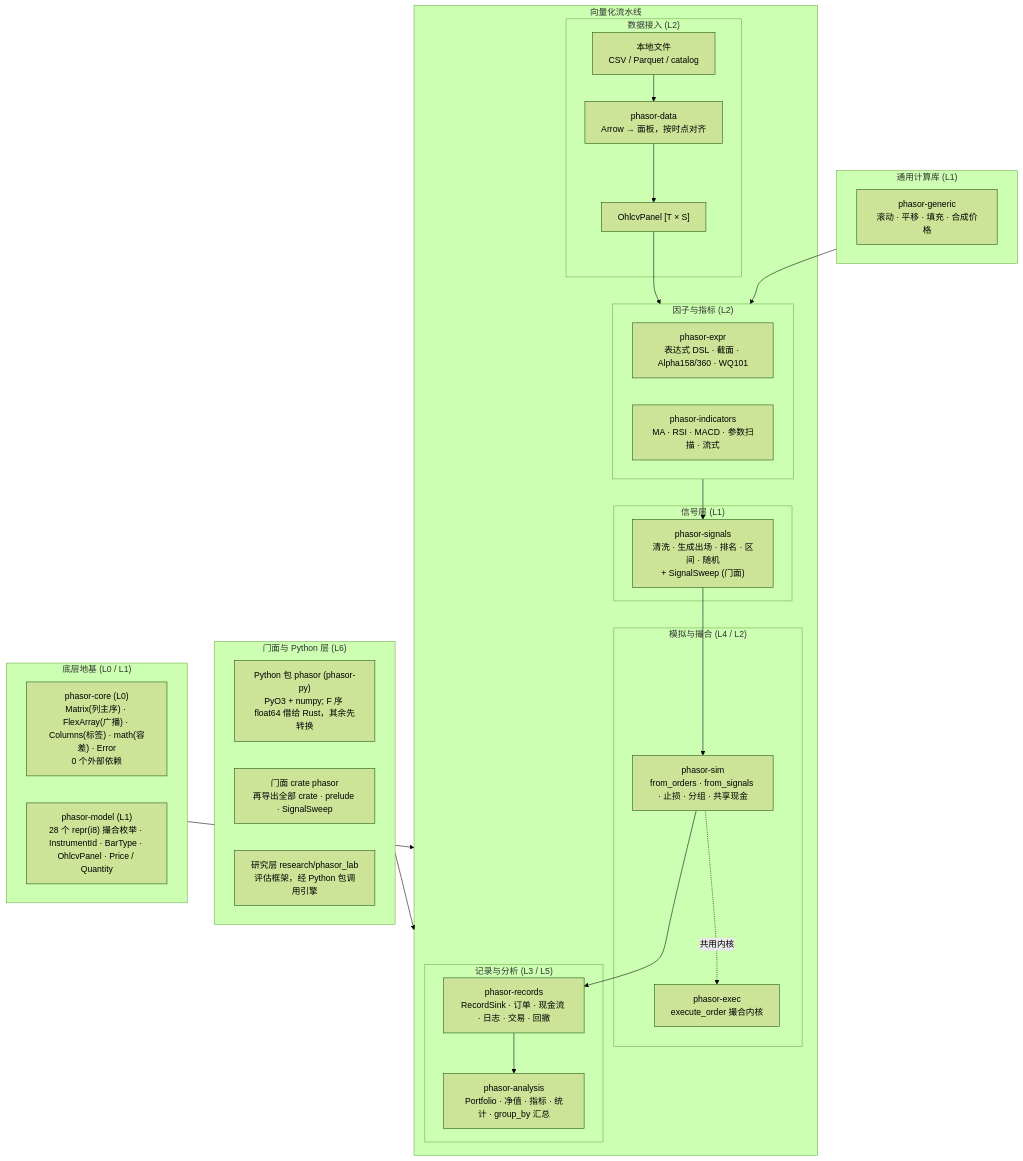
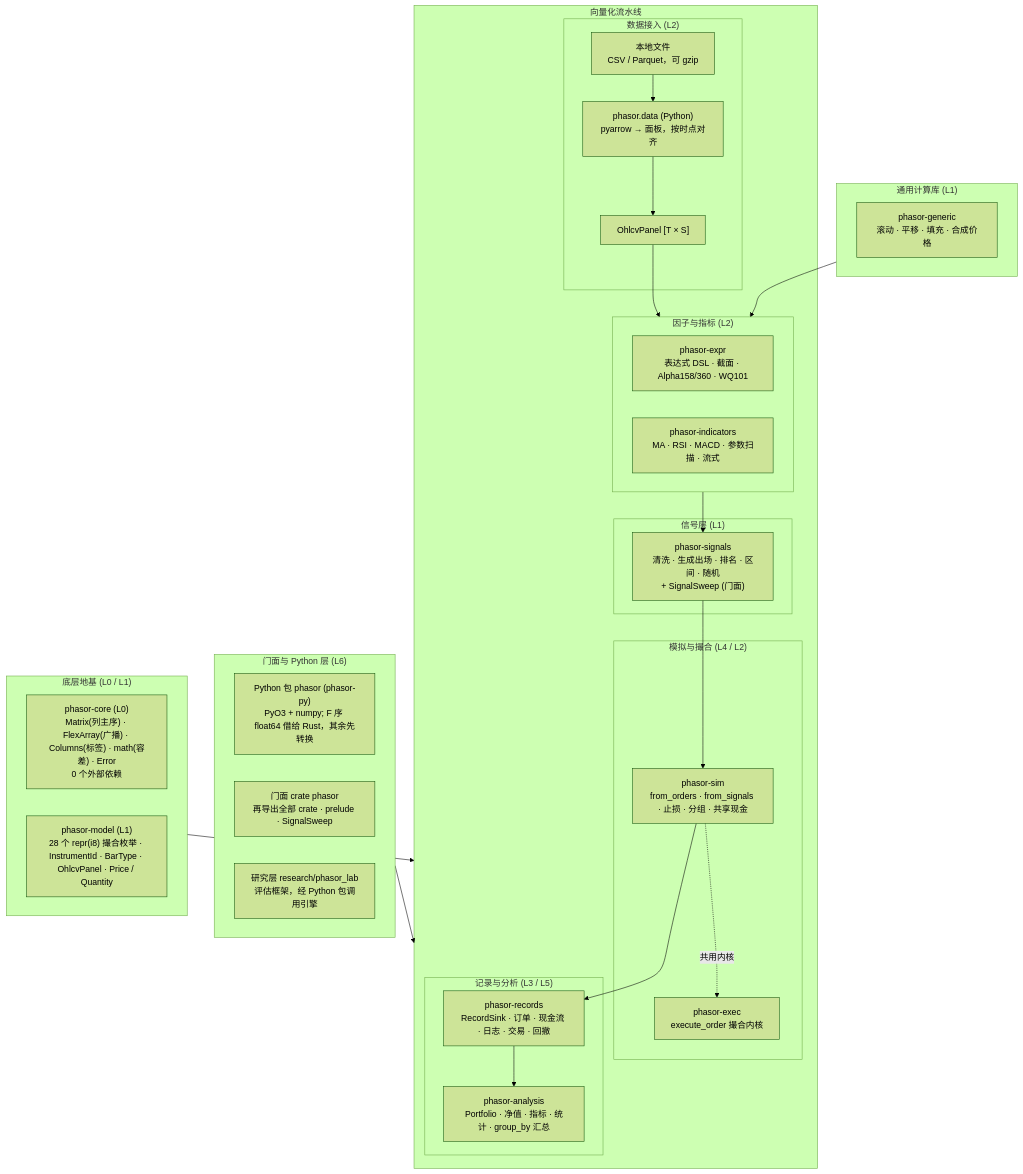
Before and after one commit to nivalume/phasor: the first of 3 diagrams in docs/README.md, drawn with Mermaid (forest theme). The commit also changed other lines of this file and 25 other files, not shown here.

````diff
--- a/docs/README.md
+++ b/docs/README.md
@@ -21,54 +21,54 @@
 ```mermaid
 flowchart TD
     subgraph Facade["门面与 Python 层 (L6)"]
         Py["Python 包 phasor (phasor-py)<br/>PyO3 + numpy; F 序 float64 借给 Rust，其余先转换"]
         Rs["门面 crate phasor<br/>再导出全部 crate · prelude · SignalSweep"]
         Lab["研究层 research/phasor_lab<br/>评估框架，经 Python 包调用引擎"]
     end
 
     subgraph Pipeline["向量化流水线"]
         subgraph Data["数据接入 (L2)"]
-            Raw["本地文件<br/>CSV / Parquet / catalog"] --> PData["phasor-data<br/>Arrow → 面板，按时点对齐"]
+            Raw["本地文件<br/>CSV / Parquet，可 gzip"] --> PData["phasor.data (Python)<br/>pyarrow → 面板，按时点对齐"]
             PData --> Panel["OhlcvPanel [T × S]"]
         end
 
         subgraph Factors["因子与指标 (L2)"]
             Expr["phasor-expr<br/>表达式 DSL · 截面 · Alpha158/360 · WQ101"]
             Ind["phasor-indicators<br/>MA · RSI · MACD · 参数扫描 · 流式"]
         end
 
         subgraph Signals["信号层 (L1)"]
             Sig["phasor-signals<br/>清洗 · 生成出场 · 排名 · 区间 · 随机<br/>+ SignalSweep (门面)"]
         end
 
         subgraph Sim["模拟与撮合 (L4 / L2)"]
             SimEngine["phasor-sim<br/>from_orders · from_signals · 止损 · 分组 · 共享现金"]
             Kernel["phasor-exec<br/>execute_order 撮合内核"]
             SimEngine -.共用内核.-> Kernel
         end
 
         subgraph Records["记录与分析 (L3 / L5)"]
             Rec["phasor-records<br/>RecordSink · 订单 · 现金流 · 日志 · 交易 · 回撤"]
             Analysis["phasor-analysis<br/>Portfolio · 净值 · 指标 · 统计 · group_by 汇总"]
             SimEngine --> Rec
             Rec --> Analysis
         end
 
         Panel --> Factors
         Factors --> Sig
         Sig --> SimEngine
     end
 
     subgraph Generic["通用计算库 (L1)"]
         Gen["phasor-generic<br/>滚动 · 平移 · 填充 · 合成价格"]
     end
 
     subgraph Foundation["底层地基 (L0 / L1)"]
         Core["phasor-core (L0)<br/>Matrix(列主序) · FlexArray(广播) · Columns(标签) · math(容差) · Error<br/>0 个外部依赖"]
         Model["phasor-model (L1)<br/>28 个 repr(i8) 撮合枚举 · InstrumentId · BarType · OhlcvPanel · Price / Quantity"]
     end
 
     Foundation --> Pipeline
     Generic --> Factors
     Facade --> Pipeline
 ```
````
